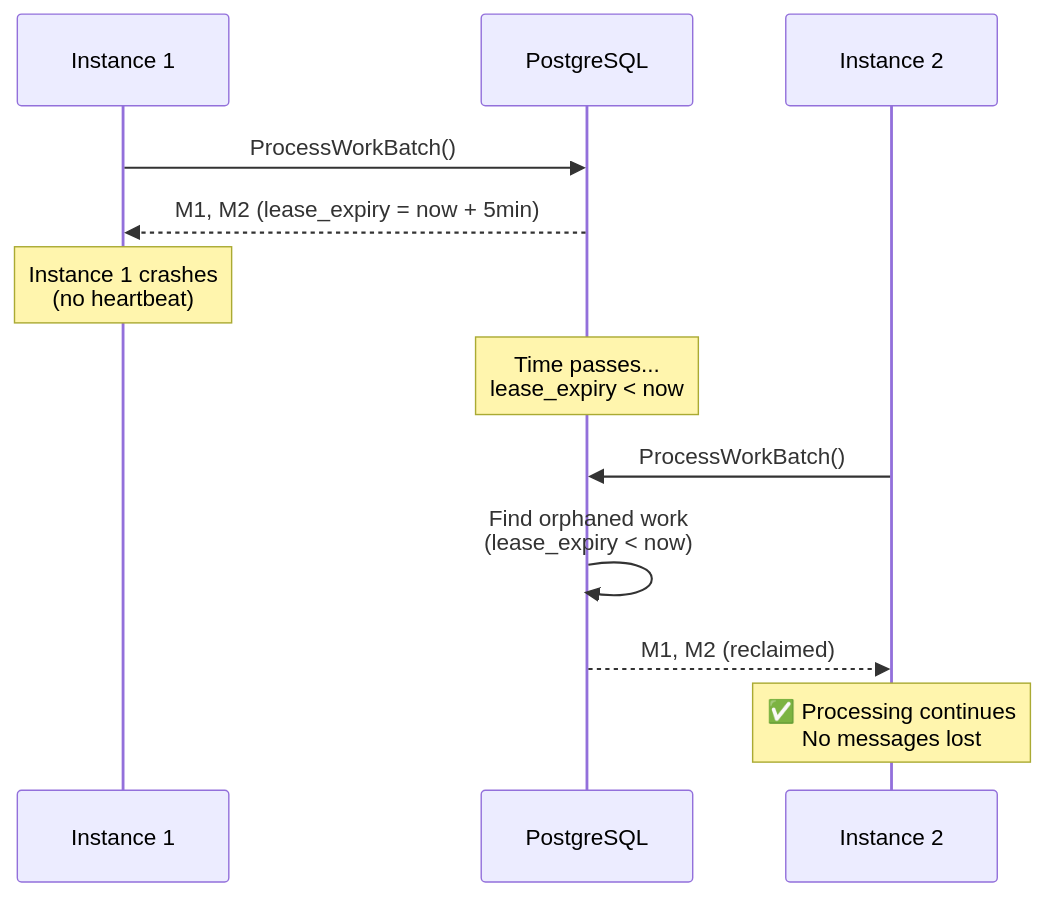
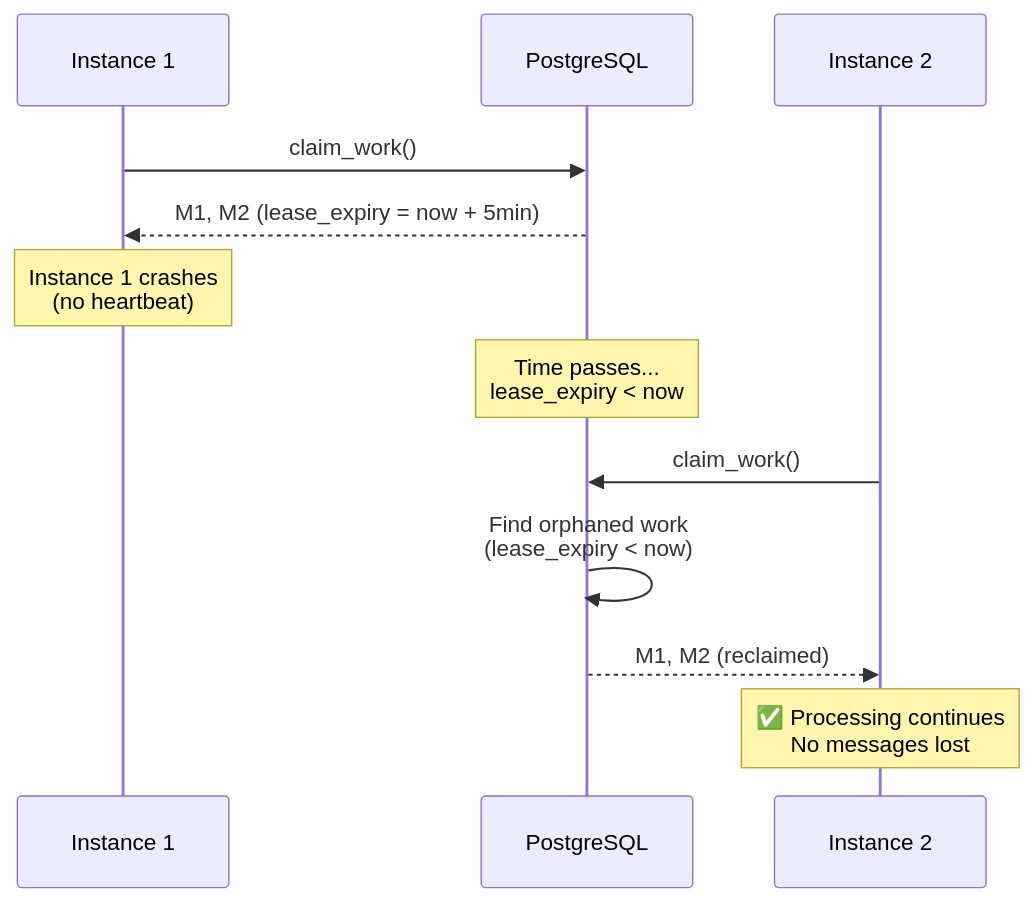
One commit to whizbang-lib/whizbang-lib.github.io changed the fourth of 4 diagrams in src/assets/docs/v1.0.0/messaging/work-coordination.md. Above: the diagram before and after it, drawn with Mermaid. The commit also changed other lines of this file and 14 other files, not shown here.

````diff
--- a/src/assets/docs/v1.0.0/messaging/work-coordination.md
+++ b/src/assets/docs/v1.0.0/messaging/work-coordination.md
@@ -222,19 +214,19 @@
 ```mermaid
 sequenceDiagram
     participant I1 as Instance 1
     participant DB as PostgreSQL
     participant I2 as Instance 2
 
-    I1->>DB: ProcessWorkBatch()
+    I1->>DB: claim_work()
     DB-->>I1: M1, M2 (lease_expiry = now + 5min)
 
     Note over I1: Instance 1 crashes<br/>(no heartbeat)
 
     Note over DB: Time passes...<br/>lease_expiry < now
 
-    I2->>DB: ProcessWorkBatch()
+    I2->>DB: claim_work()
     DB->>DB: Find orphaned work<br/>(lease_expiry < now)
     DB-->>I2: M1, M2 (reclaimed)
 
     Note over I2: ✅ Processing continues<br/>No messages lost
 ```
````
